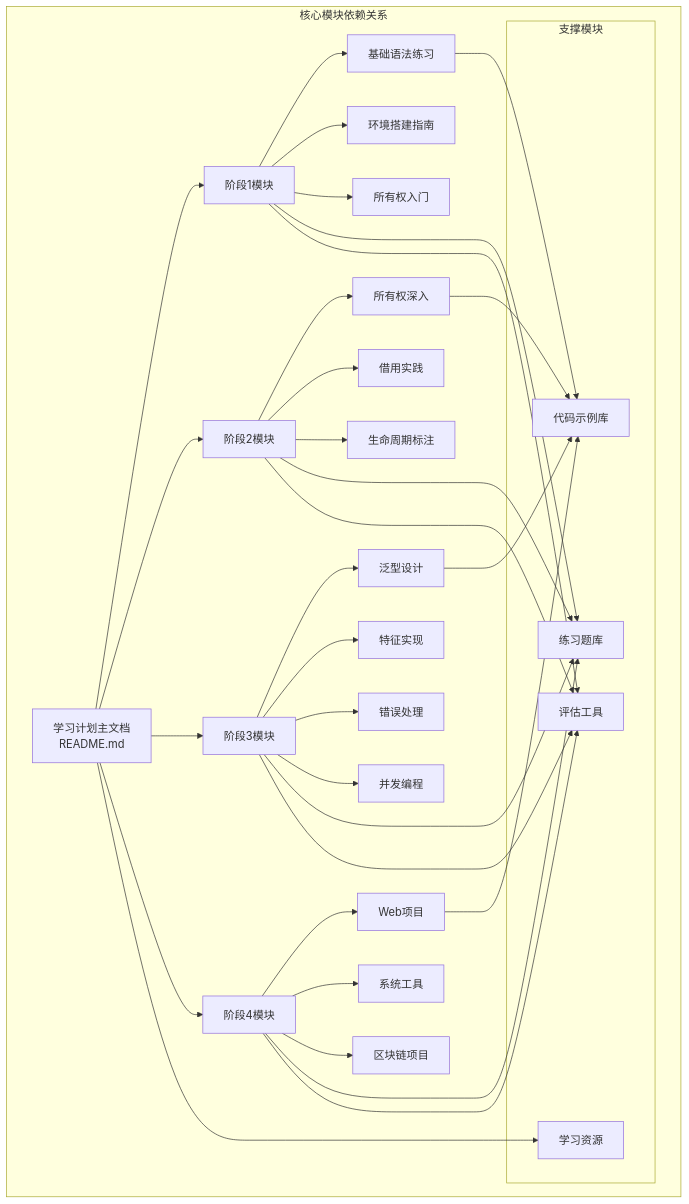
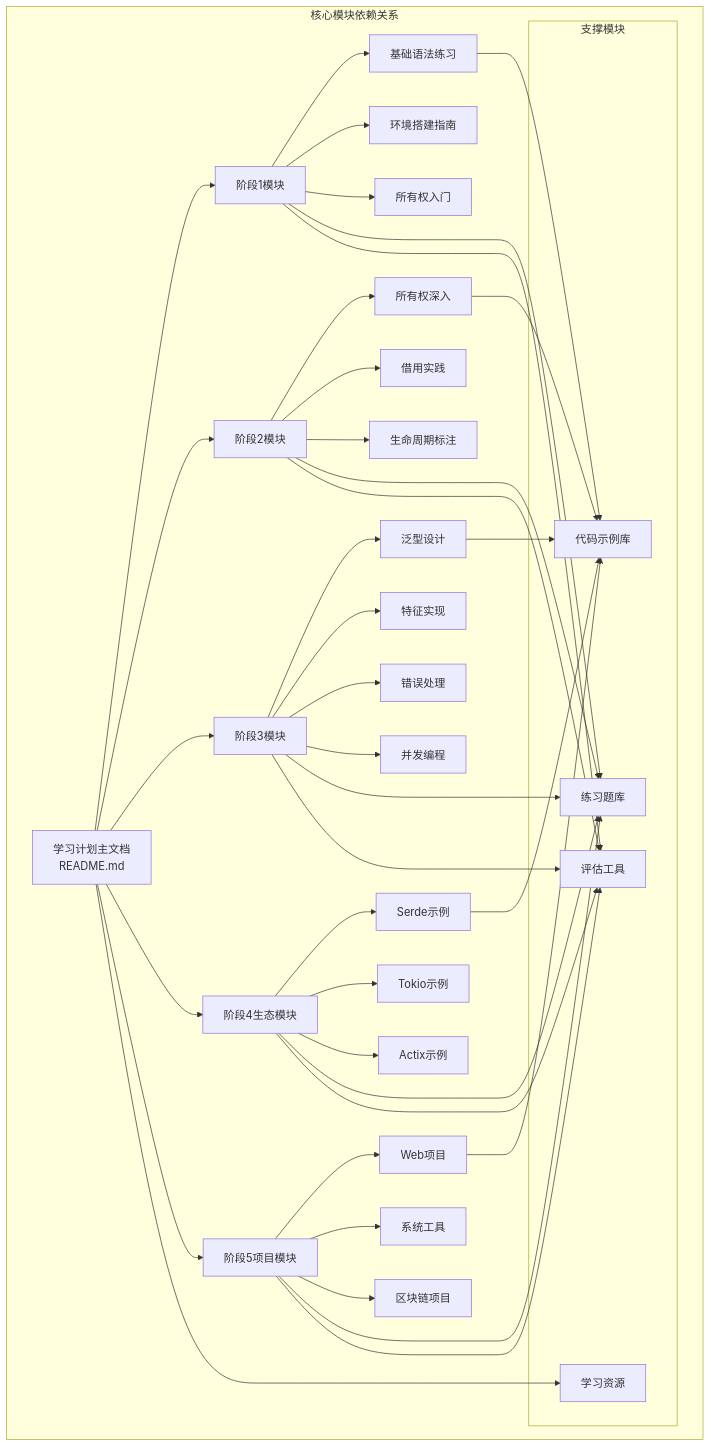
One commit to lgon528/rust-learning changed the third of 4 diagrams in docs/rust-learning-plan/DESIGN_rust-learning-plan.md. Above: the diagram before and after it, drawn with Mermaid. The commit also changed other lines of this file and 147 other files, not shown here.

````diff
--- a/docs/rust-learning-plan/DESIGN_rust-learning-plan.md
+++ b/docs/rust-learning-plan/DESIGN_rust-learning-plan.md
@@ -120,50 +127,58 @@
 ```mermaid
 graph TD
     subgraph "核心模块依赖关系"
         A["学习计划主文档<br/>README.md"] --> B["阶段1模块"]
         A --> C["阶段2模块"]
         A --> D["阶段3模块"]
-        A --> E["阶段4模块"]
+        A --> E["阶段4生态模块"]
+        A --> F["阶段5项目模块"]
         
         B --> B1["基础语法练习"]
         B --> B2["环境搭建指南"]
         B --> B3["所有权入门"]
         
         C --> C1["所有权深入"]
         C --> C2["借用实践"]
         C --> C3["生命周期标注"]
         
         D --> D1["泛型设计"]
         D --> D2["特征实现"]
         D --> D3["错误处理"]
         D --> D4["并发编程"]
         
-        E --> E1["Web项目"]
-        E --> E2["系统工具"]
-        E --> E3["区块链项目"]
+        E --> E1["Serde示例"]
+        E --> E2["Tokio示例"]
+        E --> E3["Actix示例"]
+
+        F --> F1["Web项目"]
+        F --> F2["系统工具"]
+        F --> F3["区块链项目"]
         
         subgraph "支撑模块"
-            F["代码示例库"]
-            G["练习题库"]
-            H["评估工具"]
-            I["学习资源"]
+            G["代码示例库"]
+            H["练习题库"]
+            I["评估工具"]
+            J["学习资源"]
         end
         
-        B1 --> F
-        C1 --> F
-        D1 --> F
-        E1 --> F
-        
-        B --> G
-        C --> G
-        D --> G
-        E --> G
+        B1 --> G
+        C1 --> G
+        D1 --> G
+        E1 --> G
+        F1 --> G
         
         B --> H
         C --> H
         D --> H
         E --> H
+        F --> H
         
-        A --> I
+        B --> I
+        C --> I
+        D --> I
+        E --> I
+        F --> I
+        
+        A --> J
     end
 ```
````
